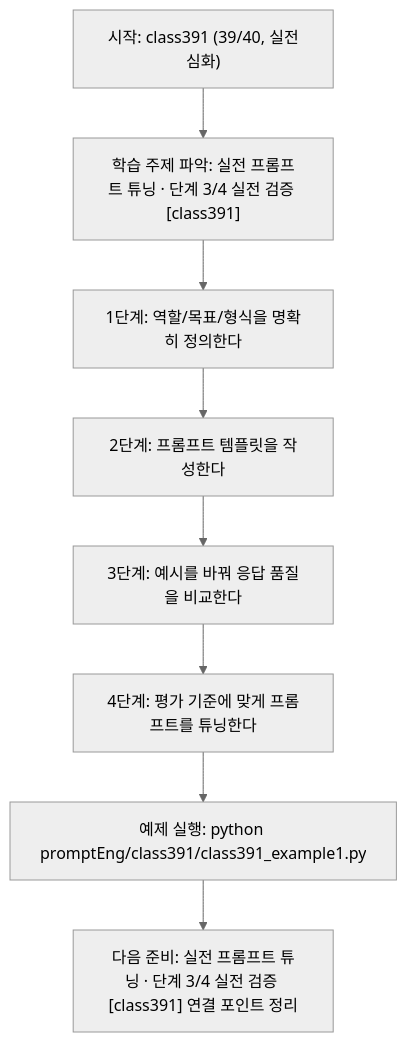
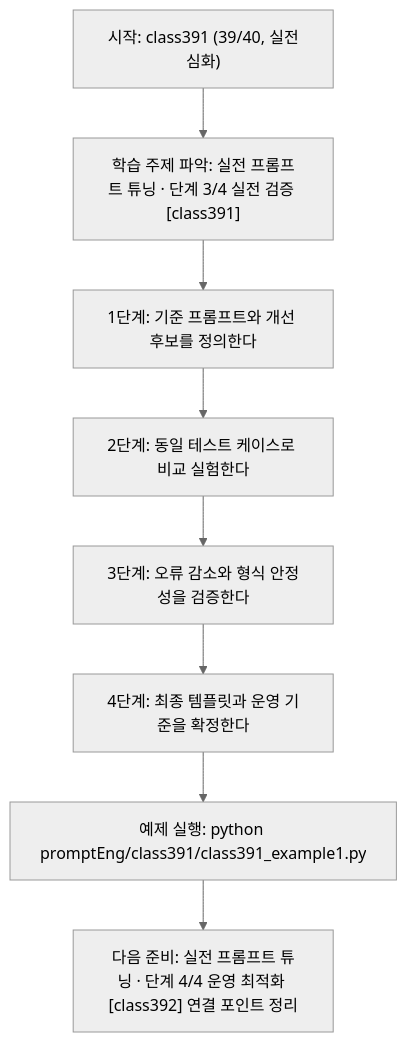
One commit to edumgt/Python-AI_Agent-Class changed the diagram in promptEng/class391/class391.md. Above: the diagram before and after it, drawn with Mermaid (neutral theme). The commit also changed other lines of this file and 283 other files, not shown here.

````diff
--- a/promptEng/class391/class391.md
+++ b/promptEng/class391/class391.md
@@ -110,18 +91,18 @@
 ```mermaid
 flowchart TD
 N1["시작: class391 (39/40, 실전심화)"]
 N2["학습 주제 파악: 실전 프롬프트 튜닝 · 단계 3/4 실전 검증 [class391]"]
-N3["1단계: 역할/목표/형식을 명확히 정의한다"]
-N4["2단계: 프롬프트 템플릿을 작성한다"]
-N5["3단계: 예시를 바꿔 응답 품질을 비교한다"]
-N6["4단계: 평가 기준에 맞게 프롬프트를 튜닝한다"]
+N3["1단계: 기준 프롬프트와 개선 후보를 정의한다"]
+N4["2단계: 동일 테스트 케이스로 비교 실험한다"]
+N5["3단계: 오류 감소와 형식 안정성을 검증한다"]
+N6["4단계: 최종 템플릿과 운영 기준을 확정한다"]
 N7["예제 실행: python promptEng/class391/class391_example1.py"]
-N8["다음 준비: 실전 프롬프트 튜닝 · 단계 3/4 실전 검증 [class391] 연결 포인트 정리"]
+N8["다음 준비: 실전 프롬프트 튜닝 · 단계 4/4 운영 최적화 [class392] 연결 포인트 정리"]
 N1 --> N2
 N2 --> N3
 N3 --> N4
 N4 --> N5
 N5 --> N6
 N6 --> N7
 N7 --> N8
 ```
````
